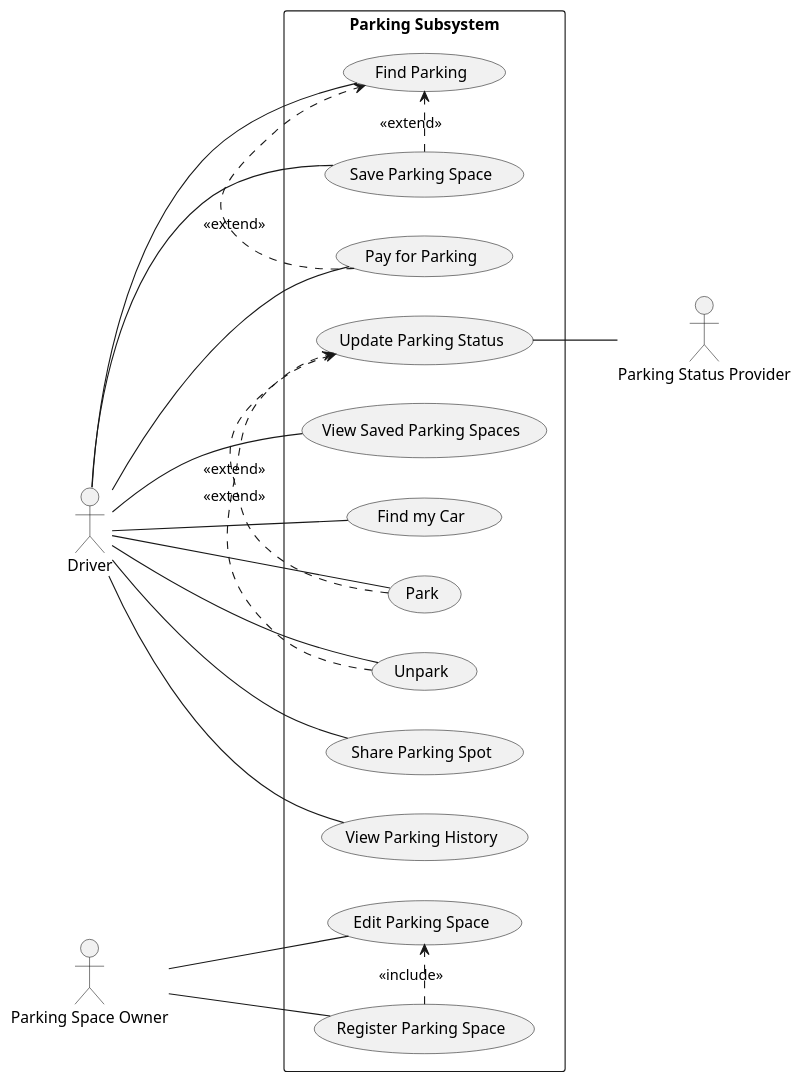
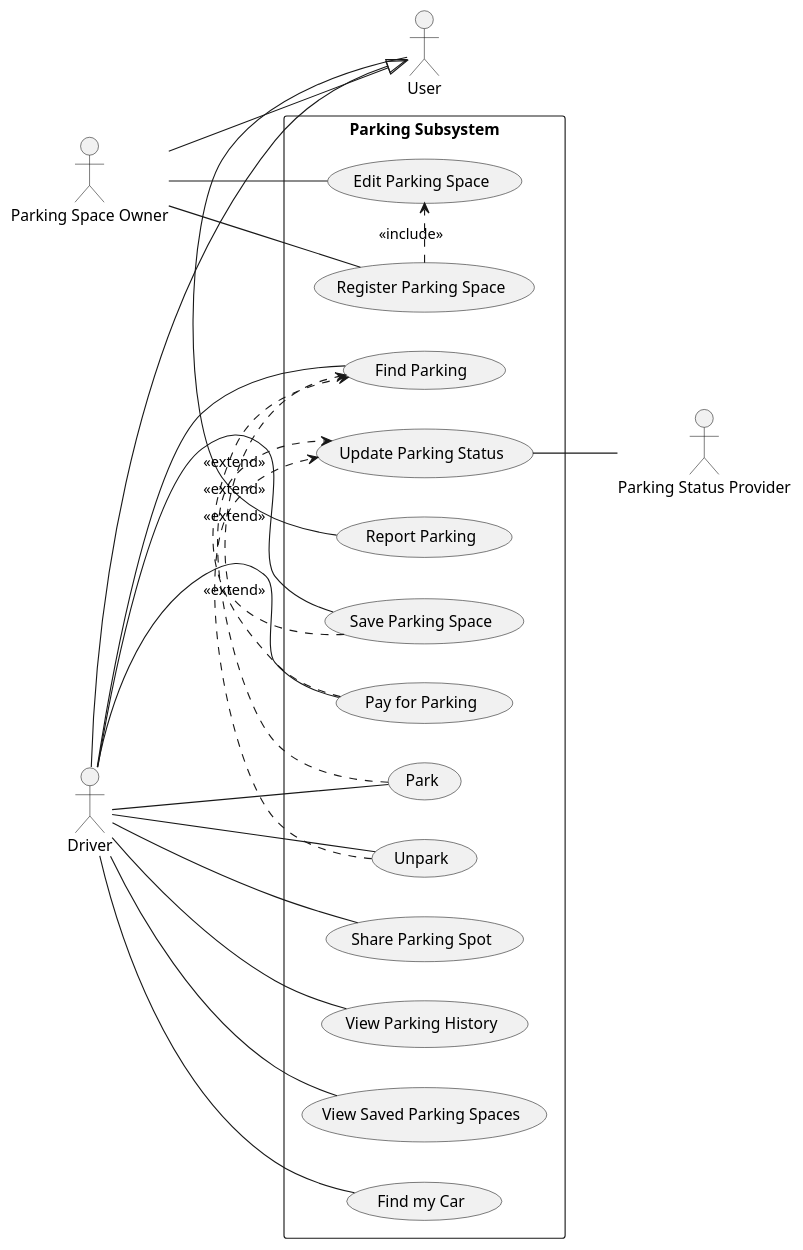
One commit to YannisRavasopoulos/ProjectSD_S6 changed the diagram in uml/use-cases-parking.plantuml. Above: the diagram before and after it, drawn with PlantUML. The commit also changed 2 other files, not shown here.

```diff
--- a/uml/use-cases-parking.plantuml
+++ b/uml/use-cases-parking.plantuml
@@ -1,47 +1,54 @@
 @startuml
 
+actor "User"
 actor "Driver"
 actor "Parking Space Owner"
 actor "Parking Status Provider"
 
+"Driver" --|> "User"
+"Parking Space Owner" --|> "User"
+
 left to right direction
 
 rectangle "Parking Subsystem" {
+    usecase "Report Parking"
     usecase "Update Parking Status"
     usecase "Park"
     usecase "Unpark"
     usecase "Find Parking"
     usecase "Register Parking Space"
     usecase "Edit Parking Space"
     usecase "Share Parking Spot"
     usecase "View Parking History"
     usecase "View Saved Parking Spaces"
     usecase "Save Parking Space"
     usecase "Pay for Parking"
     usecase "Find my Car"
 }
+
+"User" -- "Report Parking"
 
 "Update Parking Status" -- "Parking Status Provider"
 
 "Driver" -- "View Saved Parking Spaces"
 "Driver" -- "Save Parking Space"
 "Driver" -- "View Parking History"
 "Driver" -- "Share Parking Spot"
 "Driver" -- "Find Parking"
 "Driver" -- "Park"
 "Driver" -- "Unpark"
 "Driver" -- "Pay for Parking"
 "Driver" -- "Find my Car"
 
 "Parking Space Owner" -- "Register Parking Space"
 "Parking Space Owner" -- "Edit Parking Space"
 
 "Save Parking Space" .> "Find Parking": <<extend>>
 "Pay for Parking" .> "Find Parking": <<extend>>
 
 "Park" .> "Update Parking Status": <<extend>>
 "Unpark" .> "Update Parking Status": <<extend>>
 
 "Register Parking Space" .> "Edit Parking Space": <<include>>
 
 @enduml
```
